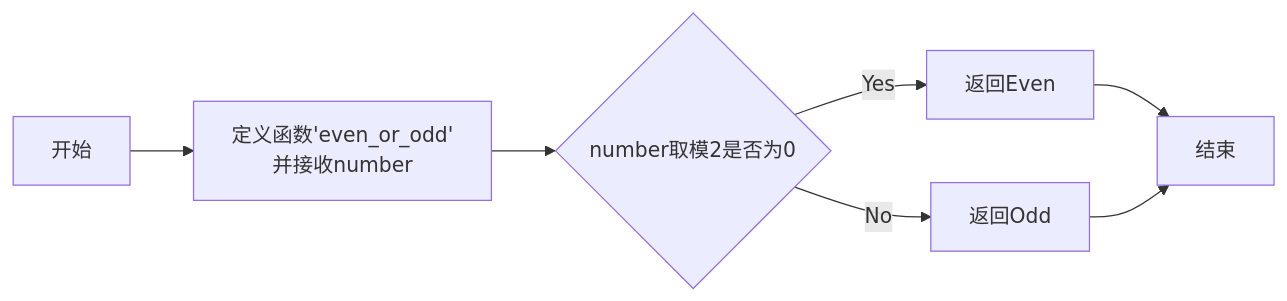
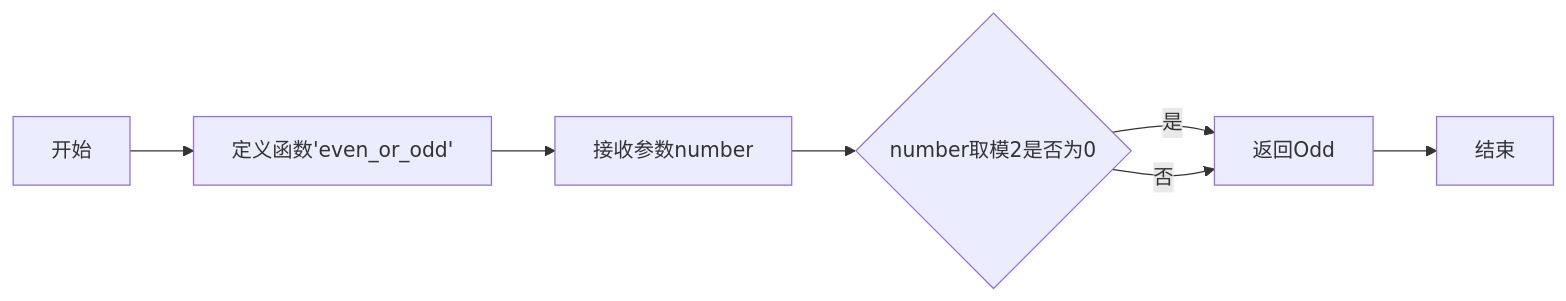
One commit to RonaWhite/python changed the third of 3 diagrams in experiment2.md. Above: the diagram before and after it, drawn with Mermaid.

````diff
--- a/experiment2.md
+++ b/experiment2.md
@@ -519,10 +519,9 @@
 ```mermaid
 flowchart LR
-    A[开始] --> B[定义函数'even_or_odd'
-并接收number]
-    B --> C{number取模2是否为0}
-    C --> |Yes| D[返回Even]
-    D --> E[结束]
-    C --> |No| F[返回Odd]
-    F --> E
+    A[开始] --> B[定义函数'even_or_odd']
+    B --> C[接收参数number]
+    C --> D{number取模2是否为0}
+    D --> |是| E[返回Even]
+    E --> F[结束]
+    D --> |否| E[返回Odd]
 ```
````
